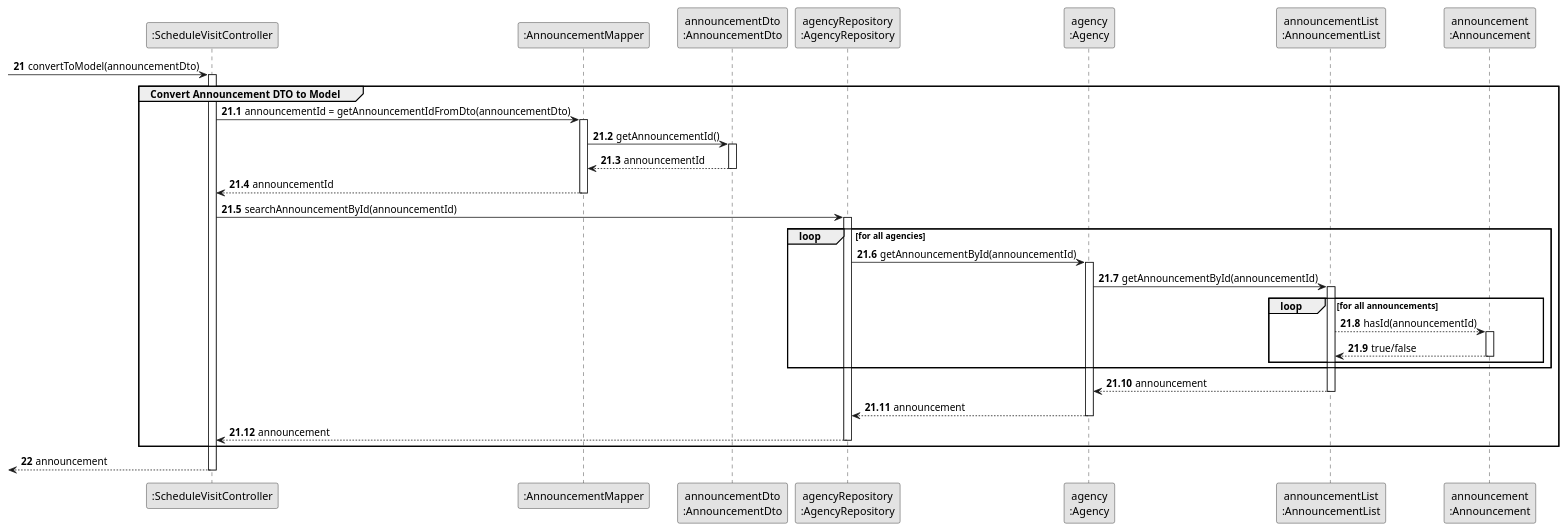
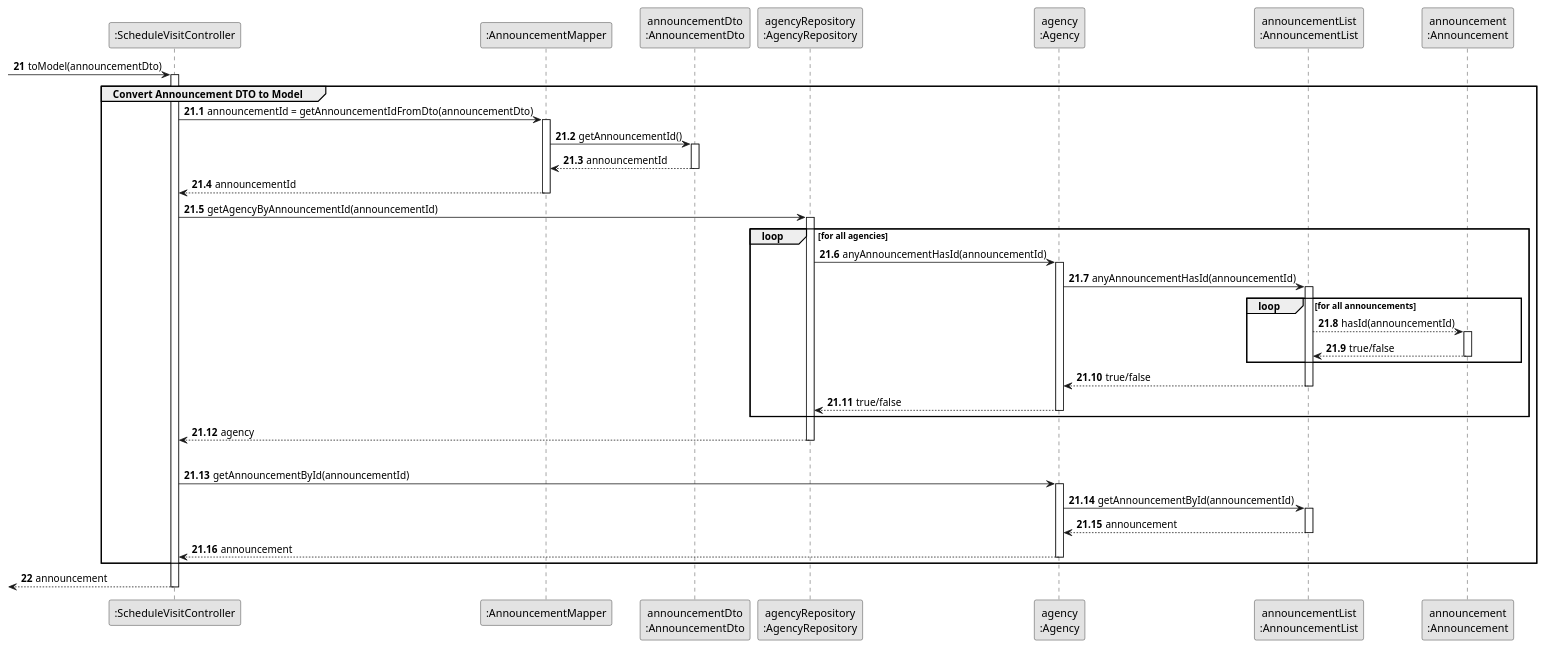
Before and after one commit to rita-barbosa/LAPR2-2223: the diagram in docs/sprintC/us009/03.design/puml/us009-sequence-diagram-partial-convert-announcement-DTO-to-Model.puml, drawn with PlantUML.

Commit message:
Convert Announcement DTO to Model Partial SD update [US009] [Design]

```diff
--- a/docs/sprintC/us009/03.design/puml/us009-sequence-diagram-partial-convert-announcement-DTO-to-Model.puml
+++ b/docs/sprintC/us009/03.design/puml/us009-sequence-diagram-partial-convert-announcement-DTO-to-Model.puml
@@ -1,79 +1,94 @@
 @startuml
 skinparam monochrome true
 skinparam packageStyle rectangle
 skinparam shadowing false
 
 
 participant ":ScheduleVisitController" as CTRL
 participant ":AnnouncementMapper" as MAPPER
 participant "announcementDto\n:AnnouncementDto" as ANCDTO
 participant "agencyRepository\n:AgencyRepository" as AgencyRepository
 participant "agency\n:Agency" as AGC
 participant "announcementList\n:AnnouncementList" as LISTCLASS
 participant "announcement\n:Announcement" as ANNOUNCE
 
 
 autonumber 21
 
- -> CTRL : convertToModel(announcementDto)
+ -> CTRL : toModel(announcementDto)
 
 activate CTRL
 
     autonumber 21.1
 
     group Convert Announcement DTO to Model
 
         CTRL -> MAPPER : announcementId = getAnnouncementIdFromDto(announcementDto)
         activate MAPPER
 
         MAPPER -> ANCDTO : getAnnouncementId()
         activate ANCDTO
 
             ANCDTO --> MAPPER : announcementId
         deactivate ANCDTO
 
             MAPPER --> CTRL : announcementId
         deactivate MAPPER
 
-        CTRL -> AgencyRepository : searchAnnouncementById(announcementId)
-        activate AgencyRepository
 
-        loop for all agencies
+        CTRL -> AgencyRepository : getAgencyByAnnouncementId(announcementId)
+         activate AgencyRepository
 
-            AgencyRepository -> AGC : getAnnouncementById(announcementId)
-            activate AGC
+            loop for all agencies
 
-                AGC -> LISTCLASS : getAnnouncementById(announcementId)
+                AgencyRepository -> AGC : anyAnnouncementHasId(announcementId)
+                activate AGC
 
-                loop for all announcements
+                    AGC -> LISTCLASS : anyAnnouncementHasId(announcementId)
 
-                    activate LISTCLASS
+                    loop for all announcements
 
-                    LISTCLASS --> ANNOUNCE : hasId(announcementId)
+                        activate LISTCLASS
 
-                    activate ANNOUNCE
+                        LISTCLASS --> ANNOUNCE : hasId(announcementId)
 
-                        ANNOUNCE --> LISTCLASS : true/false
-                    deactivate ANNOUNCE
+                        activate ANNOUNCE
 
-                end loop
+                            ANNOUNCE --> LISTCLASS : true/false
+                        deactivate ANNOUNCE
+
+                    end loop
+
+                LISTCLASS --> AGC : true/false
+                deactivate LISTCLASS
+
+            AGC --> AgencyRepository : true/false
+            deactivate AGC
 
         end loop
+
+        AgencyRepository --> CTRL : agency
+        deactivate AgencyRepository
+|||
+
+        CTRL -> AGC : getAnnouncementById(announcementId)
+        activate AGC
+
+        AGC -> LISTCLASS : getAnnouncementById(announcementId)
+        activate LISTCLASS
 
             LISTCLASS --> AGC : announcement
         deactivate LISTCLASS
 
-            AGC --> AgencyRepository : announcement
+            AGC --> CTRL : announcement
         deactivate AGC
 
-            AgencyRepository --> CTRL : announcement
-        deactivate AgencyRepository
 
     end group
 
     autonumber 22
 
     <-- CTRL  : announcement
 deactivate CTRL
 
 @enduml
```
